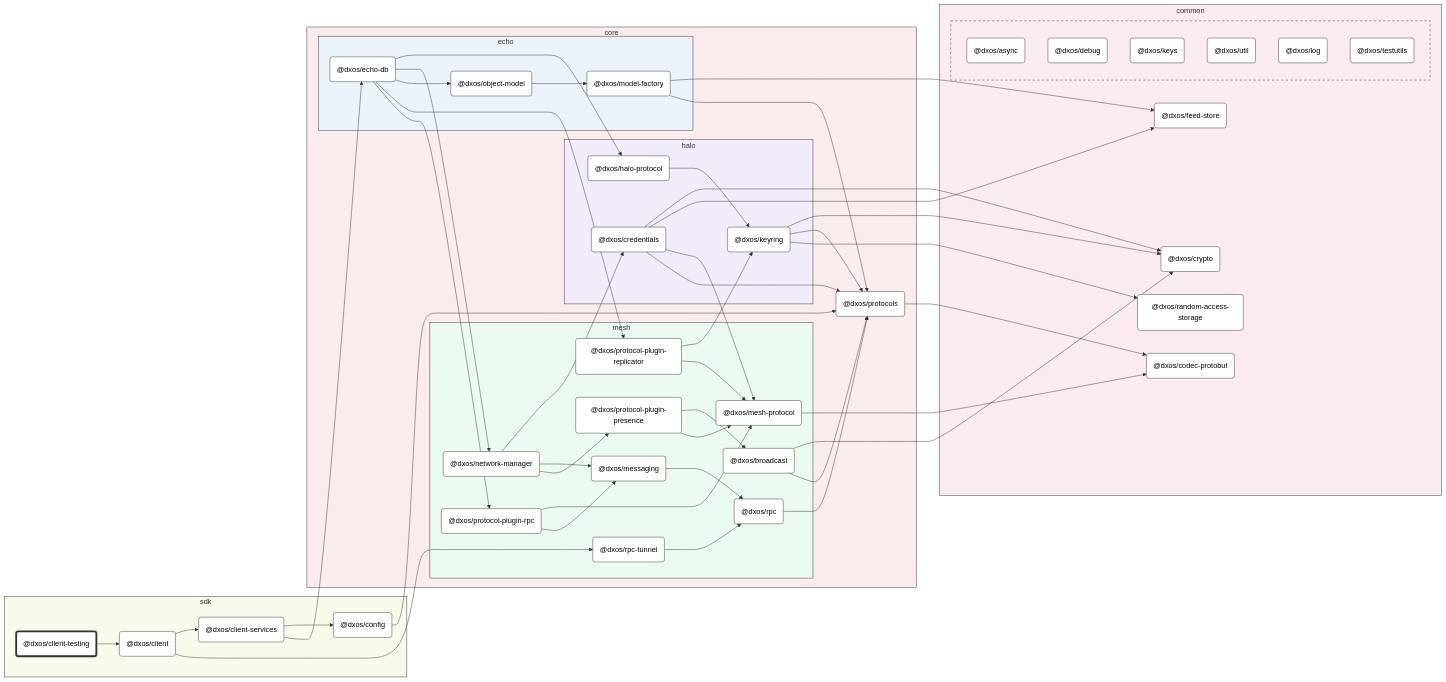
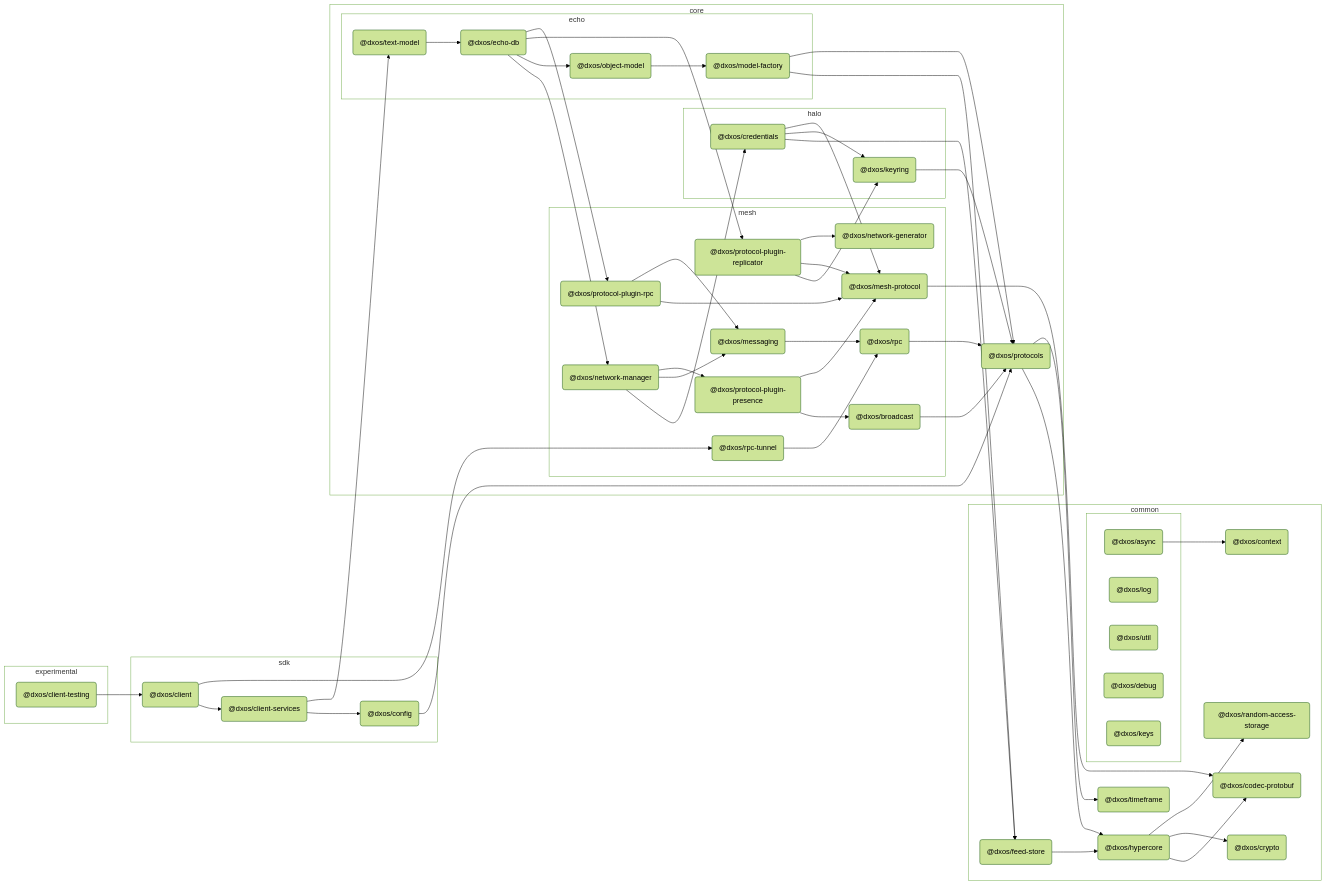
One commit to dxos/dxos changed the diagram in packages/experimental/client-testing/docs/README.md. Above: the diagram before and after it, drawn with Mermaid (forest theme). The commit also changed other lines of this file and 127 other files, not shown here.

````diff
--- a/packages/experimental/client-testing/docs/README.md
+++ b/packages/experimental/client-testing/docs/README.md
@@ -10,15 +10,51 @@
 flowchart LR
 
 %% Classes
-classDef def fill:#fff,stroke:#333,stroke-width:1px
-classDef root fill:#fff,stroke:#333,stroke-width:4px
+
+
 
 %% Nodes
 
+subgraph experimental [experimental]
+  style experimental fill:transparent
+  dxos/client-testing("@dxos/client-testing"):::root
+  click dxos/client-testing "dxos/dxos/tree/main/packages/experimental/client-testing/docs"
+end
+
+subgraph common [common]
+  style common fill:transparent
+  dxos/context("@dxos/context"):::def
+  click dxos/context "dxos/dxos/tree/main/packages/common/context/docs"
+  dxos/codec-protobuf("@dxos/codec-protobuf"):::def
+  click dxos/codec-protobuf "dxos/dxos/tree/main/packages/common/codec-protobuf/docs"
+  dxos/hypercore("@dxos/hypercore"):::def
+  click dxos/hypercore "dxos/dxos/tree/main/packages/common/hypercore/docs"
+  dxos/crypto("@dxos/crypto"):::def
+  click dxos/crypto "dxos/dxos/tree/main/packages/common/crypto/docs"
+  dxos/random-access-storage("@dxos/random-access-storage"):::def
+  click dxos/random-access-storage "dxos/dxos/tree/main/packages/common/random-access-storage/docs"
+  dxos/timeframe("@dxos/timeframe"):::def
+  click dxos/timeframe "dxos/dxos/tree/main/packages/common/timeframe/docs"
+  dxos/feed-store("@dxos/feed-store"):::def
+  click dxos/feed-store "dxos/dxos/tree/main/packages/common/feed-store/docs"
+
+  subgraph _ [ ]
+    style _ fill:transparent
+    dxos/async("@dxos/async"):::def
+    click dxos/async "dxos/dxos/tree/main/packages/common/async/docs"
+    dxos/log("@dxos/log"):::def
+    click dxos/log "dxos/dxos/tree/main/packages/common/log/docs"
+    dxos/util("@dxos/util"):::def
+    click dxos/util "dxos/dxos/tree/main/packages/common/util/docs"
+    dxos/debug("@dxos/debug"):::def
+    click dxos/debug "dxos/dxos/tree/main/packages/common/debug/docs"
+    dxos/keys("@dxos/keys"):::def
+    click dxos/keys "dxos/dxos/tree/main/packages/common/keys/docs"
+  end
+end
+
 subgraph sdk [sdk]
-  style sdk fill:#f9faeb,stroke:#333
-  dxos/client-testing("@dxos/client-testing"):::root
-  click dxos/client-testing "dxos/dxos/tree/main/packages/sdk/client-testing/docs"
+  style sdk fill:transparent
   dxos/client("@dxos/client"):::def
   click dxos/client "dxos/dxos/tree/main/packages/sdk/client/docs"
   dxos/client-services("@dxos/client-services"):::def
@@ -27,51 +63,21 @@
   click dxos/config "dxos/dxos/tree/main/packages/sdk/config/docs"
 end
 
-subgraph common [common]
-  style common fill:#faebee,stroke:#333
-  dxos/codec-protobuf("@dxos/codec-protobuf"):::def
-  click dxos/codec-protobuf "dxos/dxos/tree/main/packages/common/codec-protobuf/docs"
-  dxos/crypto("@dxos/crypto"):::def
-  click dxos/crypto "dxos/dxos/tree/main/packages/common/crypto/docs"
-  dxos/feed-store("@dxos/feed-store"):::def
-  click dxos/feed-store "dxos/dxos/tree/main/packages/common/feed-store/docs"
-  dxos/random-access-storage("@dxos/random-access-storage"):::def
-  click dxos/random-access-storage "dxos/dxos/tree/main/packages/common/random-access-storage/docs"
-
-  subgraph _ [ ]
-    style _ fill:#faebee,stroke:#333,stroke-dasharray:5 5
-    dxos/async("@dxos/async"):::def
-    click dxos/async "dxos/dxos/tree/main/packages/common/async/docs"
-    dxos/debug("@dxos/debug"):::def
-    click dxos/debug "dxos/dxos/tree/main/packages/common/debug/docs"
-    dxos/keys("@dxos/keys"):::def
-    click dxos/keys "dxos/dxos/tree/main/packages/common/keys/docs"
-    dxos/util("@dxos/util"):::def
-    click dxos/util "dxos/dxos/tree/main/packages/common/util/docs"
-    dxos/log("@dxos/log"):::def
-    click dxos/log "dxos/dxos/tree/main/packages/common/log/docs"
-    dxos/testutils("@dxos/testutils"):::def
-    click dxos/testutils "dxos/dxos/tree/main/packages/common/testutils/docs"
-  end
-end
-
 subgraph core [core]
-  style core fill:#faebec,stroke:#333
+  style core fill:transparent
   dxos/protocols("@dxos/protocols"):::def
   click dxos/protocols "dxos/dxos/tree/main/packages/core/protocols/docs"
 
   subgraph halo [halo]
-    style halo fill:#f1ebfa,stroke:#333
+    style halo fill:transparent
     dxos/credentials("@dxos/credentials"):::def
     click dxos/credentials "dxos/dxos/tree/main/packages/core/halo/credentials/docs"
-    dxos/halo-protocol("@dxos/halo-protocol"):::def
-    click dxos/halo-protocol "dxos/dxos/tree/main/packages/core/halo/halo-protocol/docs"
     dxos/keyring("@dxos/keyring"):::def
     click dxos/keyring "dxos/dxos/tree/main/packages/core/halo/keyring/docs"
   end
 
   subgraph mesh [mesh]
-    style mesh fill:#ebfaef,stroke:#333
+    style mesh fill:transparent
     dxos/mesh-protocol("@dxos/mesh-protocol"):::def
     click dxos/mesh-protocol "dxos/dxos/tree/main/packages/core/mesh/mesh-protocol/docs"
     dxos/messaging("@dxos/messaging"):::def
@@ -86,6 +92,8 @@
     click dxos/broadcast "dxos/dxos/tree/main/packages/core/mesh/broadcast/docs"
     dxos/protocol-plugin-replicator("@dxos/protocol-plugin-replicator"):::def
     click dxos/protocol-plugin-replicator "dxos/dxos/tree/main/packages/core/mesh/protocol-plugin-replicator/docs"
+    dxos/network-generator("@dxos/network-generator"):::def
+    click dxos/network-generator "dxos/dxos/tree/main/packages/core/mesh/network-generator/docs"
     dxos/protocol-plugin-rpc("@dxos/protocol-plugin-rpc"):::def
     click dxos/protocol-plugin-rpc "dxos/dxos/tree/main/packages/core/mesh/protocol-plugin-rpc/docs"
     dxos/rpc-tunnel("@dxos/rpc-tunnel"):::def
@@ -93,34 +101,35 @@
   end
 
   subgraph echo [echo]
-    style echo fill:#ebf2fa,stroke:#333
+    style echo fill:transparent
     dxos/echo-db("@dxos/echo-db"):::def
     click dxos/echo-db "dxos/dxos/tree/main/packages/core/echo/echo-db/docs"
     dxos/model-factory("@dxos/model-factory"):::def
     click dxos/model-factory "dxos/dxos/tree/main/packages/core/echo/model-factory/docs"
     dxos/object-model("@dxos/object-model"):::def
     click dxos/object-model "dxos/dxos/tree/main/packages/core/echo/object-model/docs"
+    dxos/text-model("@dxos/text-model"):::def
+    click dxos/text-model "dxos/dxos/tree/main/packages/core/echo/text-model/docs"
   end
 end
 
 %% Links
-linkStyle default stroke:#333,stroke-width:1px
+dxos/async --> dxos/context
 dxos/client-testing --> dxos/client
 dxos/client --> dxos/client-services
 dxos/client-services --> dxos/config
 dxos/config --> dxos/protocols
-dxos/protocols --> dxos/codec-protobuf
-dxos/credentials --> dxos/crypto
+dxos/protocols --> dxos/hypercore
+dxos/hypercore --> dxos/codec-protobuf
+dxos/hypercore --> dxos/crypto
+dxos/hypercore --> dxos/random-access-storage
+dxos/protocols --> dxos/timeframe
 dxos/credentials --> dxos/feed-store
+dxos/feed-store --> dxos/hypercore
+dxos/credentials --> dxos/keyring
+dxos/keyring --> dxos/protocols
 dxos/credentials --> dxos/mesh-protocol
 dxos/mesh-protocol --> dxos/codec-protobuf
-dxos/credentials --> dxos/protocols
-dxos/client-services --> dxos/echo-db
-dxos/echo-db --> dxos/halo-protocol
-dxos/halo-protocol --> dxos/keyring
-dxos/keyring --> dxos/crypto
-dxos/keyring --> dxos/protocols
-dxos/keyring --> dxos/random-access-storage
 dxos/messaging --> dxos/rpc
 dxos/rpc --> dxos/protocols
 dxos/model-factory --> dxos/feed-store
@@ -130,7 +139,6 @@
 dxos/network-manager --> dxos/messaging
 dxos/network-manager --> dxos/protocol-plugin-presence
 dxos/protocol-plugin-presence --> dxos/broadcast
-dxos/broadcast --> dxos/crypto
 dxos/broadcast --> dxos/protocols
 dxos/protocol-plugin-presence --> dxos/mesh-protocol
 dxos/echo-db --> dxos/object-model
@@ -138,9 +146,12 @@
 dxos/echo-db --> dxos/protocol-plugin-replicator
 dxos/protocol-plugin-replicator --> dxos/keyring
 dxos/protocol-plugin-replicator --> dxos/mesh-protocol
+dxos/protocol-plugin-replicator --> dxos/network-generator
 dxos/echo-db --> dxos/protocol-plugin-rpc
 dxos/protocol-plugin-rpc --> dxos/mesh-protocol
 dxos/protocol-plugin-rpc --> dxos/messaging
+dxos/client-services --> dxos/text-model
+dxos/text-model --> dxos/echo-db
 dxos/client --> dxos/rpc-tunnel
 dxos/rpc-tunnel --> dxos/rpc
 ```
````
